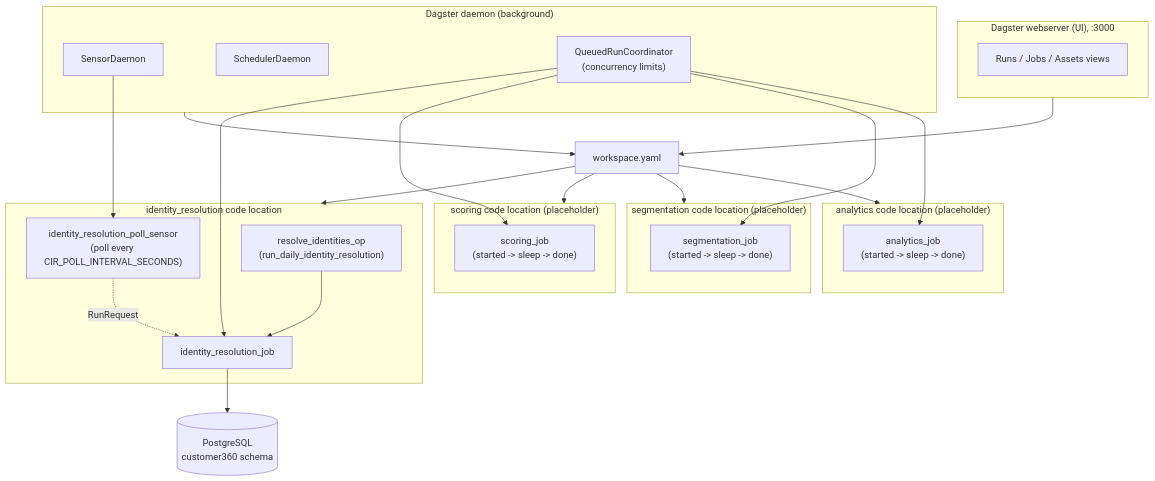
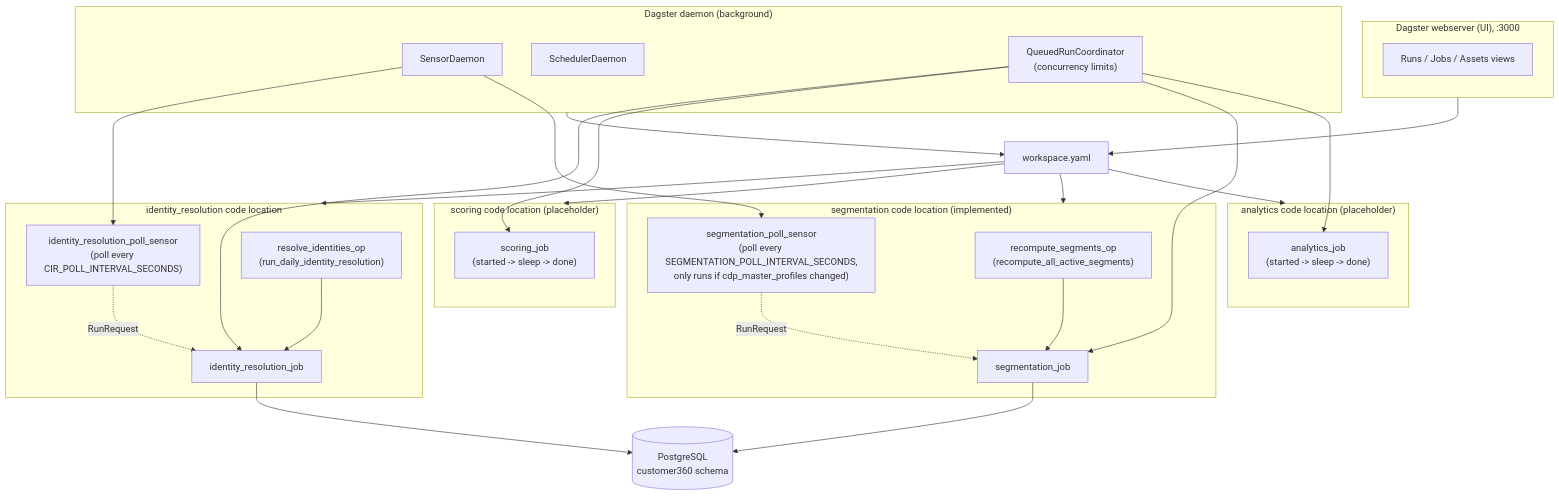
Before and after one commit to LEO-CDP/leo-customer360: the diagram in backend-system/README.md, drawn with Mermaid. The commit also changed other lines of this file and 15 other files, not shown here.

Commit message:
implement segmentation job, improve UI UX profile

````diff
--- a/backend-system/README.md
+++ b/backend-system/README.md
@@ -59,45 +68,51 @@
 ```mermaid
 flowchart TB
     subgraph UI["Dagster webserver (UI), :3000"]
         direction TB
         RunsView["Runs / Jobs / Assets views"]
     end
 
     subgraph Daemon["Dagster daemon (background)"]
         Sensors["SensorDaemon"]
         Scheduler["SchedulerDaemon"]
         RunCoord["QueuedRunCoordinator\n(concurrency limits)"]
     end
 
     WS["workspace.yaml"] --> IR
     WS --> SC
     WS --> SG
     WS --> AN
 
     subgraph IR["identity_resolution code location"]
         IROp["resolve_identities_op\n(run_daily_identity_resolution)"]
         IRJob["identity_resolution_job"]
         IRSensor["identity_resolution_poll_sensor\n(poll every CIR_POLL_INTERVAL_SECONDS)"]
         IROp --> IRJob
         IRSensor -. RunRequest .-> IRJob
     end
     subgraph SC["scoring code location (placeholder)"]
         SCJob["scoring_job\n(started -> sleep -> done)"]
     end
-    subgraph SG["segmentation code location (placeholder)"]
-        SGJob["segmentation_job\n(started -> sleep -> done)"]
+    subgraph SG["segmentation code location (implemented)"]
+        SGOp["recompute_segments_op\n(recompute_all_active_segments)"]
+        SGJob["segmentation_job"]
+        SGSensor["segmentation_poll_sensor\n(poll every SEGMENTATION_POLL_INTERVAL_SECONDS,\nonly runs if cdp_master_profiles changed)"]
+        SGOp --> SGJob
+        SGSensor -. RunRequest .-> SGJob
     end
     subgraph AN["analytics code location (placeholder)"]
         ANJob["analytics_job\n(started -> sleep -> done)"]
     end
 
     Sensors --> IRSensor
+    Sensors --> SGSensor
     RunCoord --> IRJob
     RunCoord --> SCJob
     RunCoord --> SGJob
     RunCoord --> ANJob
     UI --> WS
     Daemon --> WS
 
     IRJob --> DB[(PostgreSQL\ncustomer360 schema)]
+    SGJob --> DB
 ```
````
